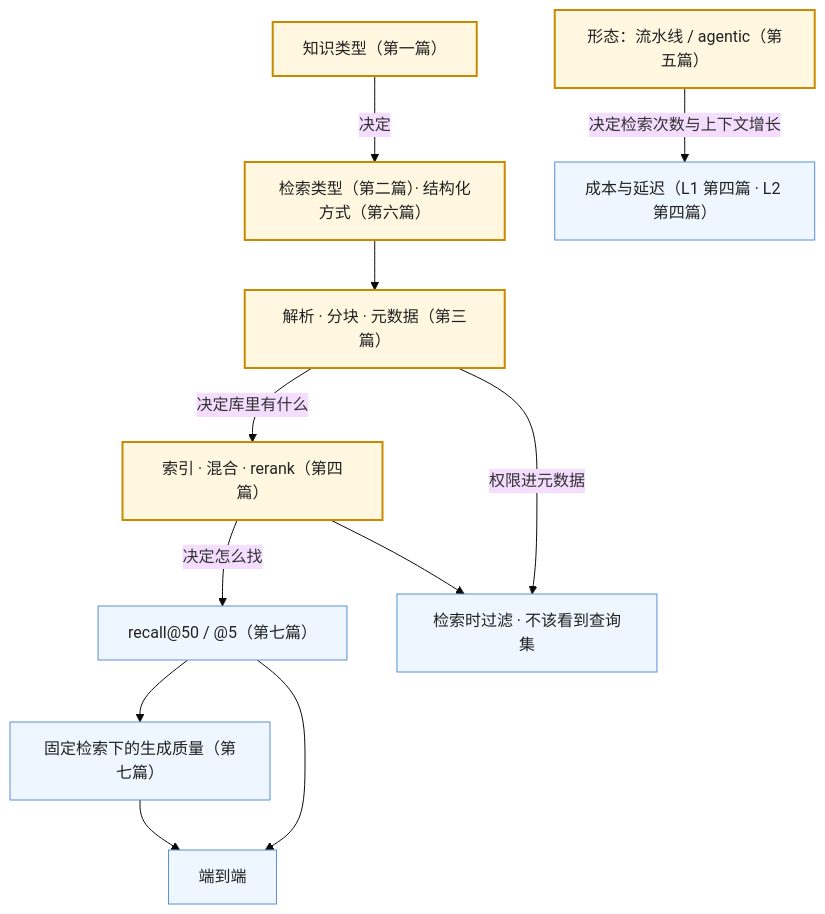
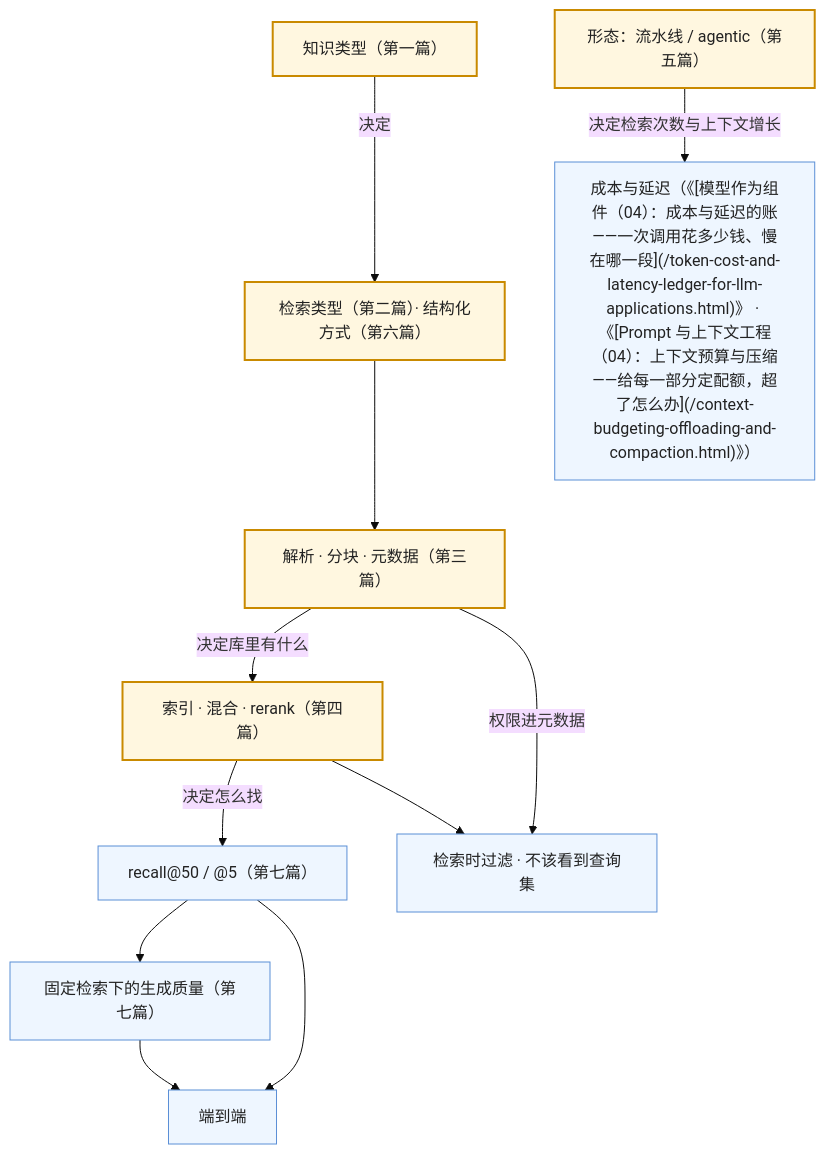
The third of 4 diagrams in _posts/2026-10-19-retrieval-and-knowledge-series-recap-and-self-test.md (arganzheng/arganzheng.github.com), drawn with Mermaid (base theme) before and after one commit. The commit also changed other lines of this file and 128 other files, not shown here.

Commit message:
（01）预训练端到端：MPS 定义、Common Crawl 配比列表、六章改名「定长的训练样本」补切碎文档的说明与打包示意图、自测竖线转义（#245）；全站 L 层简写引用换成《系列名》链接（#244）

````diff
--- a/_posts/2026-10-19-retrieval-and-knowledge-series-recap-and-self-test.md
+++ b/_posts/2026-10-19-retrieval-and-knowledge-series-recap-and-self-test.md
@@ -163,19 +163,19 @@
 ```mermaid
 %% 图：检索质量失败在上游：知识类型决定检索类型，解析分块决定库里有什么，索引决定怎么找，recall@50 低先看解析分块
 flowchart TB
     T["知识类型（第一篇）"] -->|"决定"| K["检索类型（第二篇）· 结构化方式（第六篇）"]
     K --> P["解析 · 分块 · 元数据（第三篇）"]
     P -->|"决定库里有什么"| IDX["索引 · 混合 · rerank（第四篇）"]
     IDX -->|"决定怎么找"| R50["recall@50 / @5（第七篇）"]
     P -->|"权限进元数据"| PERM["检索时过滤 · 不该看到查询集"]
     IDX --> PERM
-    F["形态：流水线 / agentic（第五篇）"] -->|"决定检索次数与上下文增长"| COST["成本与延迟（L1 第四篇 · L2 第四篇）"]
+    F["形态：流水线 / agentic（第五篇）"] -->|"决定检索次数与上下文增长"| COST["成本与延迟（《[模型作为组件（04）：成本与延迟的账——一次调用花多少钱、慢在哪一段](/token-cost-and-latency-ledger-for-llm-applications.html)》 · 《[Prompt 与上下文工程（04）：上下文预算与压缩——给每一部分定配额，超了怎么办](/context-budgeting-offloading-and-compaction.html)》）"]
     R50 --> GEN["固定检索下的生成质量（第七篇）"]
     GEN --> E2E["端到端"]
     R50 --> E2E
 
     classDef q fill:#fff7e0,stroke:#c98a00,stroke-width:2px,color:#222
     classDef r fill:#eef6ff,stroke:#5b8fd6,color:#222
     class T,K,P,IDX,F q
     class R50,PERM,COST,GEN,E2E r
 ```
````
